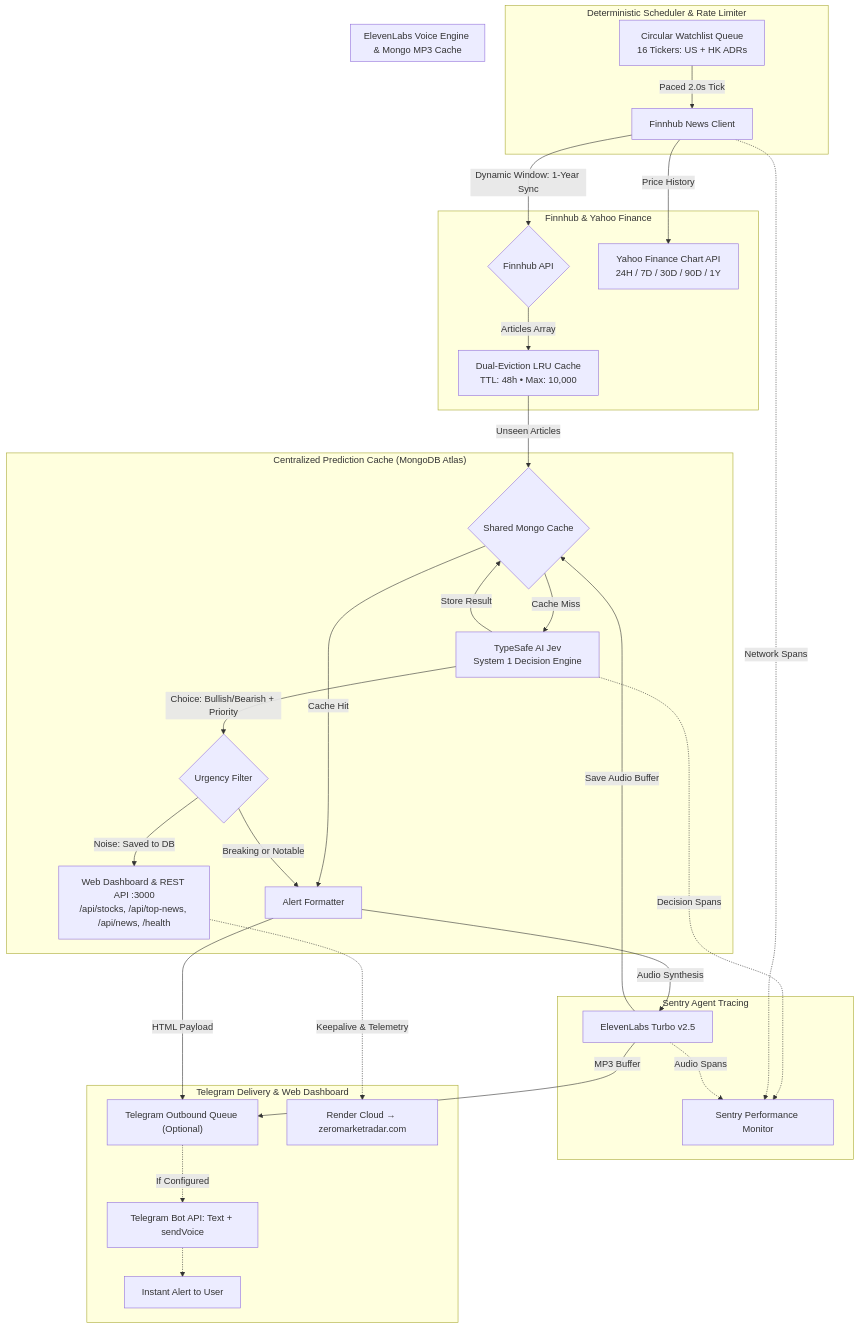
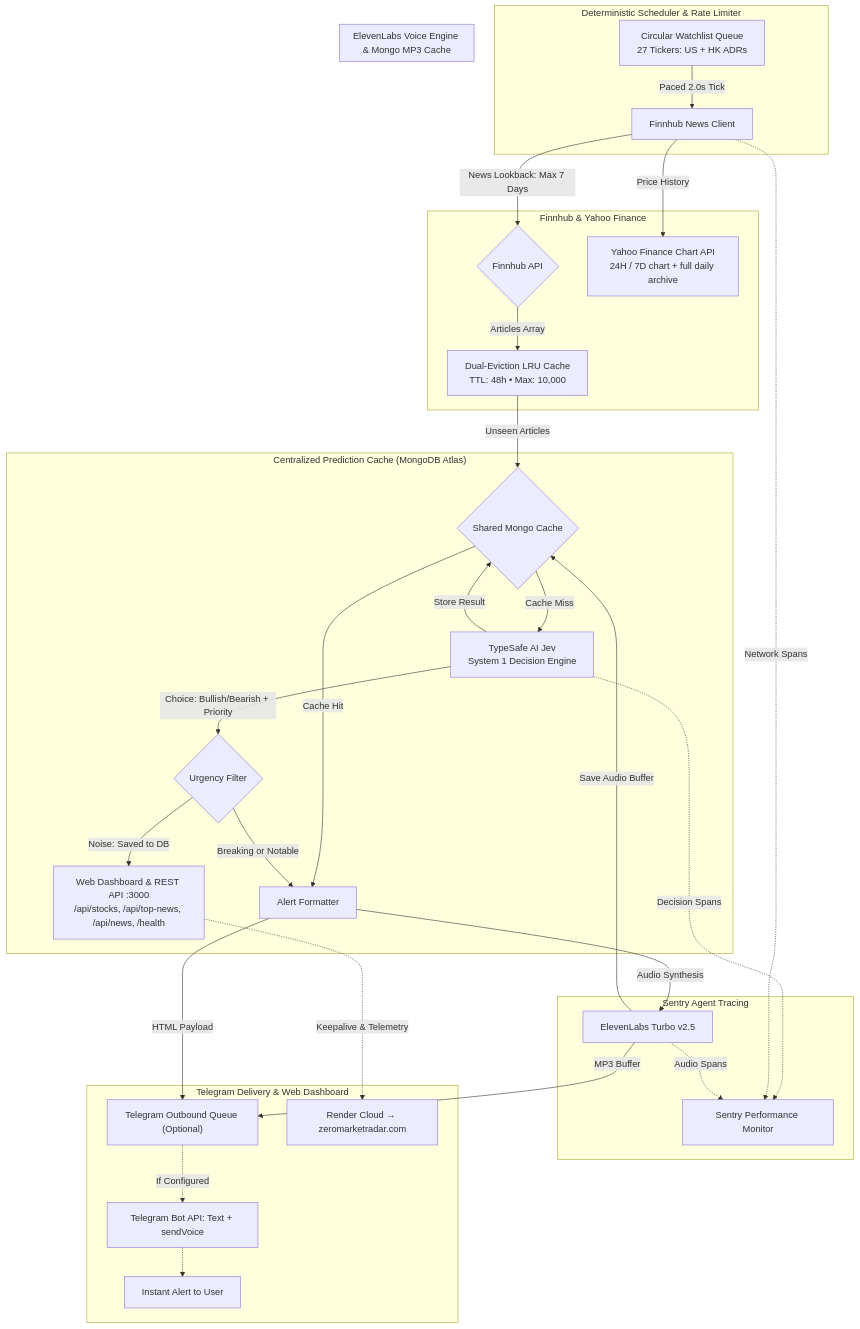
Before and after one commit to ntsd/stock-news-alert: the diagram in README.md, drawn with Mermaid. The commit also changed other lines of this file and 10 other files, not shown here.

First line of the commit message:
feat: limit news synchronization to the last 7 days and update related configurations

````diff
--- a/README.md
+++ b/README.md
@@ -44,41 +44,41 @@
 ```mermaid
 flowchart TD
     subgraph Scheduler ["Deterministic Scheduler & Rate Limiter"]
-        A["Circular Watchlist Queue<br/>16 Tickers: US + HK ADRs"] -->|Paced 2.0s Tick| B["Finnhub News Client"]
+        A["Circular Watchlist Queue<br/>27 Tickers: US + HK ADRs"] -->|Paced 2.0s Tick| B["Finnhub News Client"]
     end
 
     subgraph External ["Finnhub & Yahoo Finance"]
-        B -->|Dynamic Window: 1-Year Sync| C{"Finnhub API"}
+        B -->|News Lookback: Max 7 Days| C{"Finnhub API"}
         C -->|Articles Array| D["Dual-Eviction LRU Cache<br/>TTL: 48h • Max: 10,000"]
-        B -->|Price History| YF["Yahoo Finance Chart API<br/>24H / 7D / 30D / 90D / 1Y"]
+        B -->|Price History| YF["Yahoo Finance Chart API<br/>24H / 7D chart + full daily archive"]
     end
 
     subgraph Storage ["Centralized Prediction Cache (MongoDB Atlas)"]
         D -->|Unseen Articles| M{"Shared Mongo Cache"}
         M -->|Cache Hit| G["Alert Formatter"]
         M -->|Cache Miss| E["TypeSafe AI Jev<br/>System 1 Decision Engine"]
         E -->|Store Result| M
         E -->|Choice: Bullish/Bearish + Priority| F{"Urgency Filter"}
         F -->|Noise: Saved to DB| K
         F -->|Breaking or Notable| G
     end
 
     subgraph Observability ["Sentry Agent Tracing"]
         E -.->|Decision Spans| S["Sentry Performance Monitor"]
         B -.->|Network Spans| S
         EL -.->|Audio Spans| S
     end
 
     subgraph Audio ["ElevenLabs Voice Engine & Mongo MP3 Cache"]
         G -->|Audio Synthesis| EL["ElevenLabs Turbo v2.5"]
         EL -->|Save Audio Buffer| M
     end
 
     subgraph Delivery ["Telegram Delivery & Web Dashboard"]
         EL -->|MP3 Buffer| H["Telegram Outbound Queue (Optional)"]
         G -->|HTML Payload| H
         H -.->|If Configured| I["Telegram Bot API: Text + sendVoice"]
         I -.-> J["Instant Alert to User"]
         K["Web Dashboard & REST API :3000<br/>/api/stocks, /api/top-news, /api/news, /health"] -.->|Keepalive & Telemetry| L["Render Cloud → zeromarketradar.com"]
     end
 ```
````
